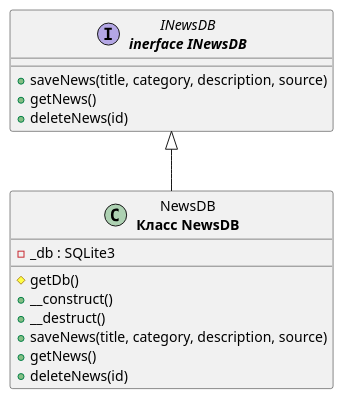
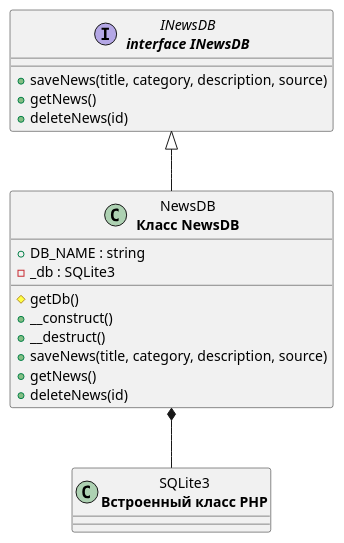
The diagram in lab3/diagrams/news_diagram.puml (xImDoctor/web-labs), drawn with PlantUML before and after one commit. The commit also changed 3 other files, not shown here.

Commit message:
Upd lab3 diagram

```diff
--- a/lab3/diagrams/news_diagram.puml
+++ b/lab3/diagrams/news_diagram.puml
@@ -1,17 +1,23 @@
 @startuml class-diagram
-  interface "INewsDB\n<b>inerface INewsDB</b>" as INewsDB {
+  interface "INewsDB\n<b>interface INewsDB</b>" as INewsDB {
     +saveNews(title, category, description, source)
     +getNews()
     +deleteNews(id)
   }
+
   class "NewsDB\n<b>Класс NewsDB</b>" as NewsDB {
+    +DB_NAME : string
     -_db : SQLite3
     #getDb()
     +__construct()
     +__destruct()
     +saveNews(title, category, description, source)
     +getNews()
     +deleteNews(id)
   }
+
+  class "SQLite3\n<b>Встроенный класс PHP</b>" as SQLite3
+
   INewsDB <|-- NewsDB
+  NewsDB *-- SQLite3
 @enduml
```
